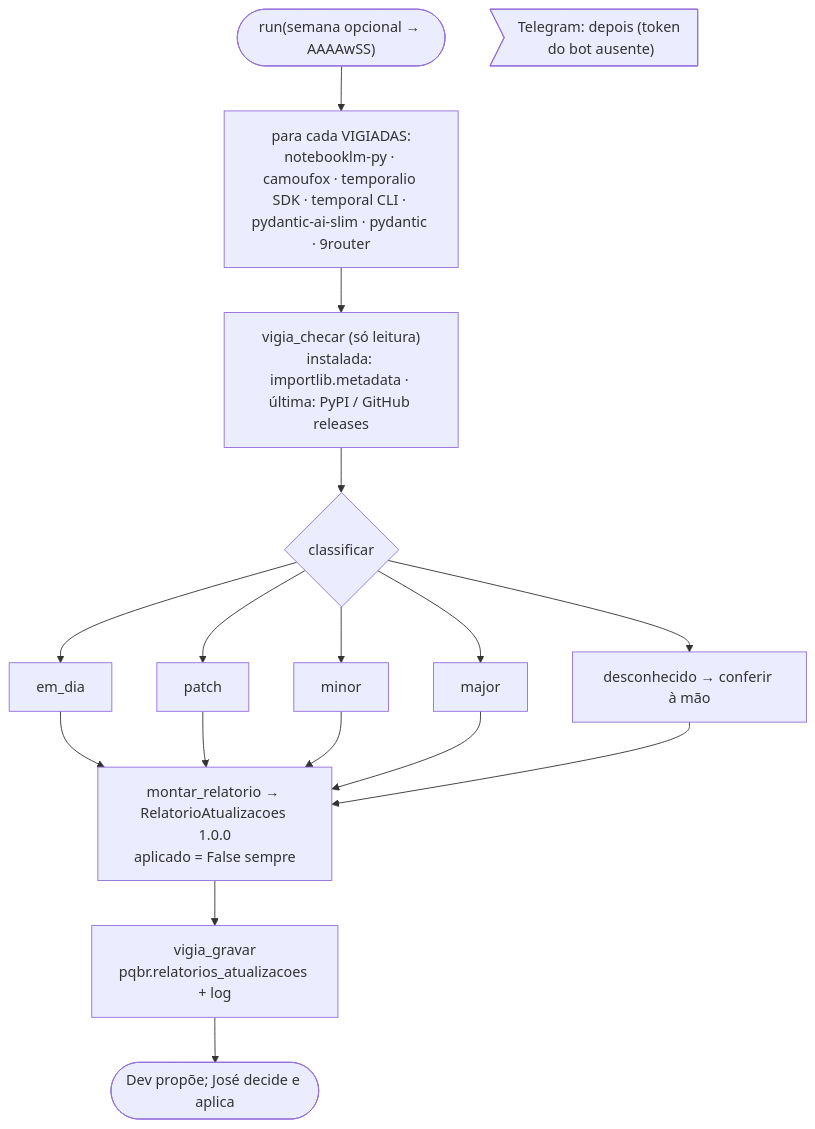
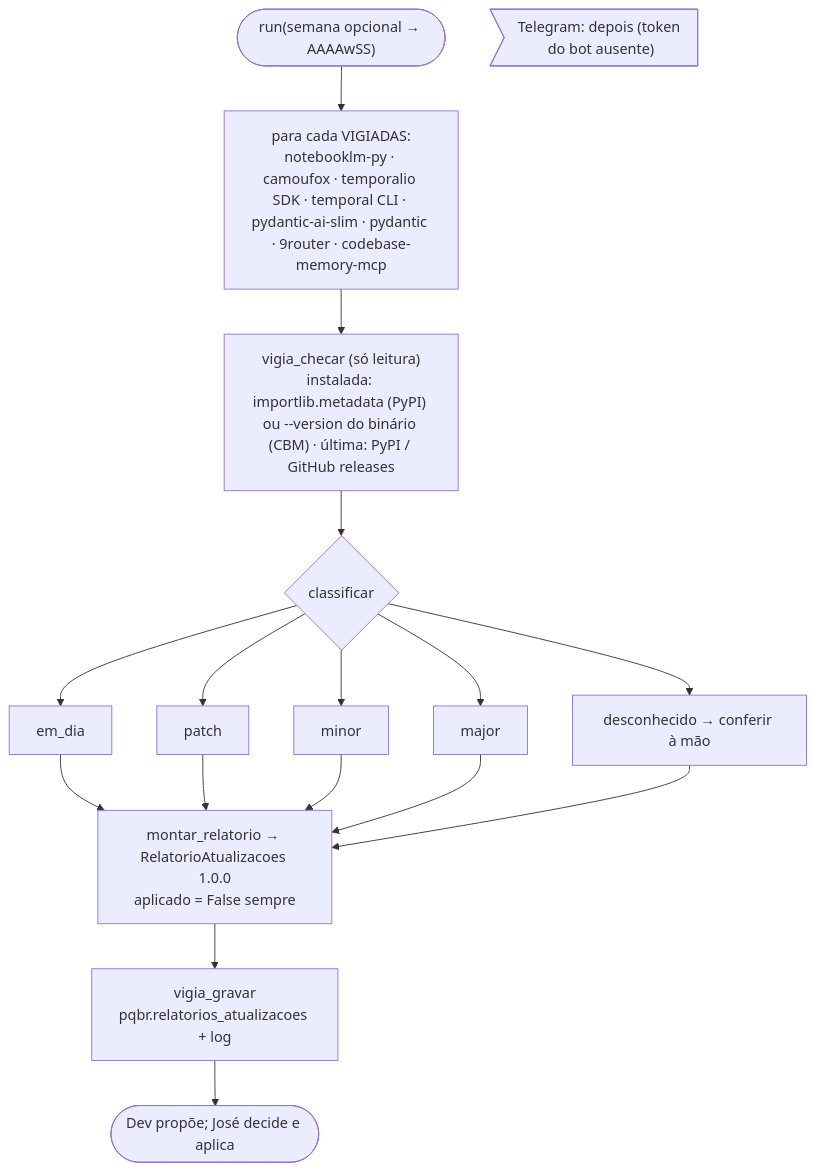
Before and after one commit to jvmendesjr/PQBR: the diagram in docs/mapa/05-vigia-atualizacoes.mmd, drawn with Mermaid. The commit also changed 26 other files, not shown here.

First line of the commit message:
migracao(t-cbm): GitNexus 1.6.12 -> codebase-memory-mcp 0.12.1 (backend codigo, politica 1.6.0, ADR-012)

```diff
--- a/docs/mapa/05-vigia-atualizacoes.mmd
+++ b/docs/mapa/05-vigia-atualizacoes.mmd
@@ -1,10 +1,10 @@
-%% VigiaAtualizacoesWorkflow (src/pqbr/workflows/atualizacoes.py) — fila pqbr-episodio, Schedule sex 08:00. Gerado do código 24/10/2026.
+%% VigiaAtualizacoesWorkflow (src/pqbr/workflows/atualizacoes.py) — fila pqbr-episodio, Schedule sex 08:00. Gerado do código 29/10/2026.
 flowchart TD
-  S(["run(semana opcional → AAAAwSS)"]) --> L["para cada VIGIADAS:<br/>notebooklm-py · camoufox · temporalio SDK · temporal CLI · pydantic-ai-slim · pydantic · 9router"]
-  L --> A1["vigia_checar (só leitura)<br/>instalada: importlib.metadata · última: PyPI / GitHub releases"]
+  S(["run(semana opcional → AAAAwSS)"]) --> L["para cada VIGIADAS:<br/>notebooklm-py · camoufox · temporalio SDK · temporal CLI · pydantic-ai-slim · pydantic · 9router · codebase-memory-mcp"]
+  L --> A1["vigia_checar (só leitura)<br/>instalada: importlib.metadata (PyPI) ou --version do binário (CBM) · última: PyPI / GitHub releases"]
   A1 --> C{"classificar"}
   C --> K1["em_dia"] & K2["patch"] & K3["minor"] & K4["major"] & K5["desconhecido → conferir à mão"]
   K1 & K2 & K3 & K4 & K5 --> R["montar_relatorio → RelatorioAtualizacoes 1.0.0<br/>aplicado = False sempre"]
   R --> A2["vigia_gravar<br/>pqbr.relatorios_atualizacoes + log"]
   A2 --> E(["Dev propõe; José decide e aplica"])
   N>"Telegram: depois (token do bot ausente)"]
```
